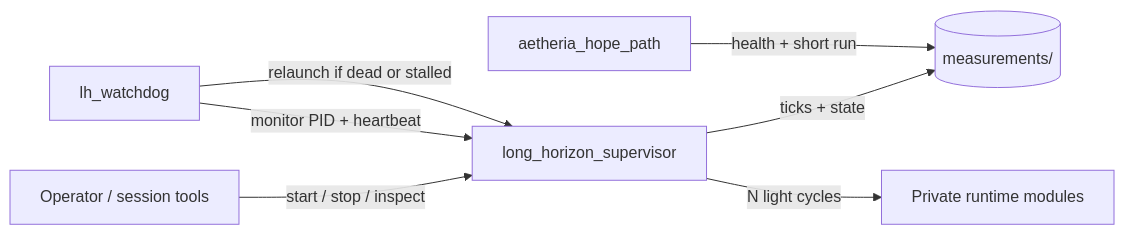
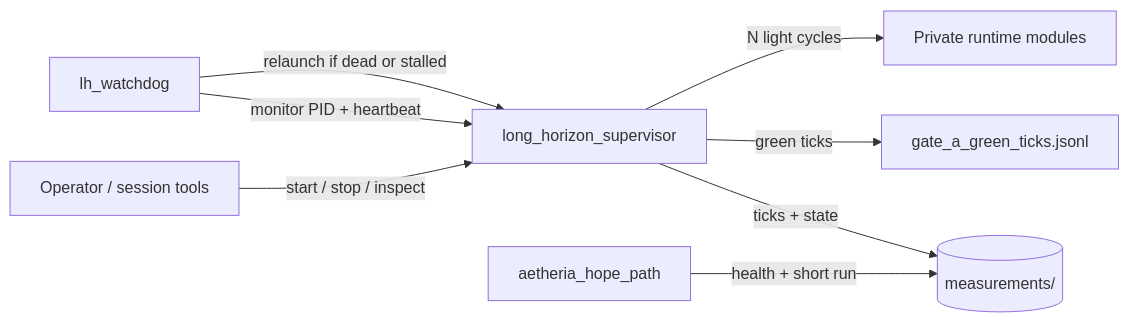
One commit to denisrigsby/Aetheria-sovereign-agent changed the diagram in README.md. Above: the diagram before and after it, drawn with Mermaid. The commit also changed other lines of this file and 20 other files, not shown here.

````diff
--- a/README.md
+++ b/README.md
@@ -36,9 +41,10 @@
 ```mermaid
 flowchart LR
   OP[Operator / session tools] -->|start / stop / inspect| SUP
   SUP[long_horizon_supervisor] -->|ticks + state| DISK[(measurements/)]
+  SUP -->|green ticks| GATELOG[gate_a_green_ticks.jsonl]
   WD[lh_watchdog] -->|monitor PID + heartbeat| SUP
   WD -->|relaunch if dead or stalled| SUP
   HOPE[aetheria_hope_path] -->|health + short run| DISK
   SUP -->|N light cycles| RT[Private runtime modules]
 ```
````
